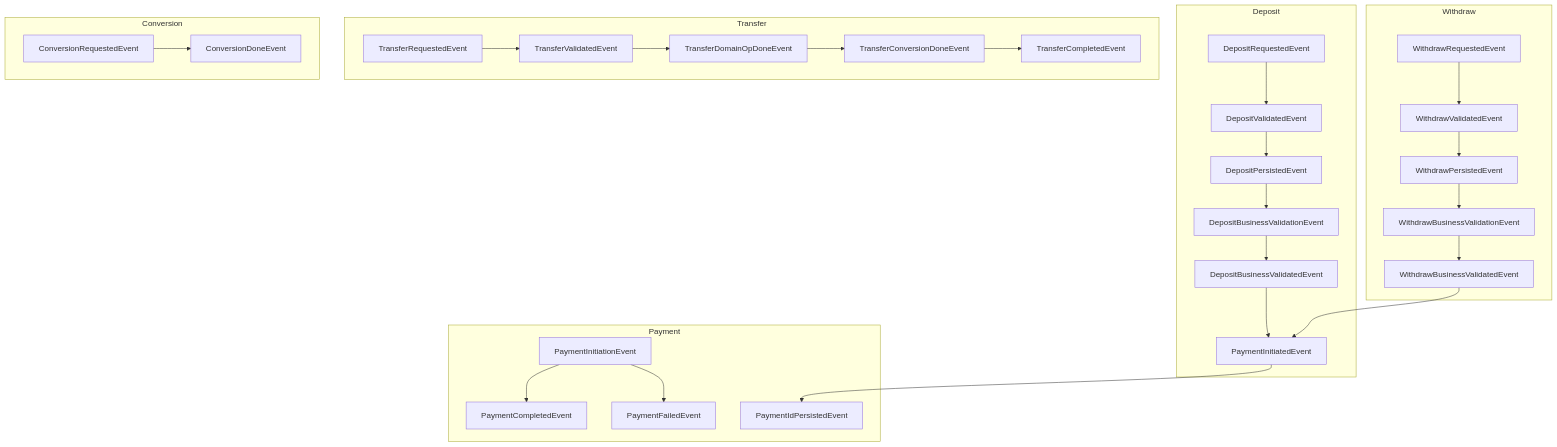
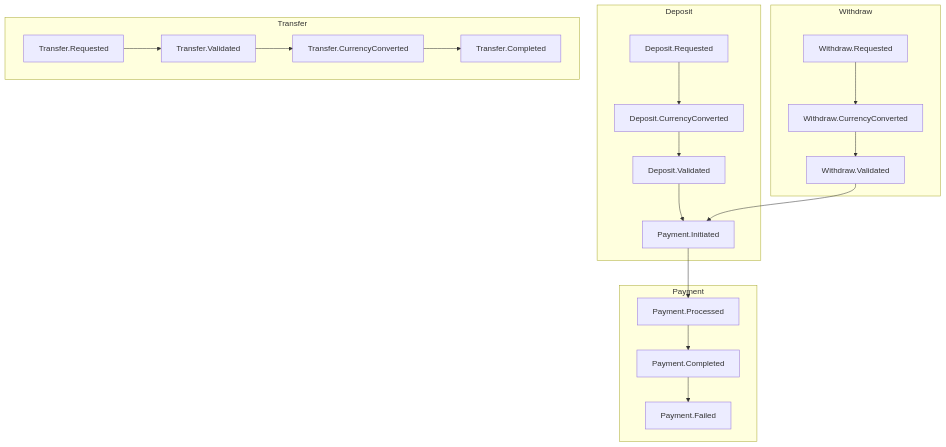
One commit to amirasaad/fintech changed the diagram in docs/domain-events.md. Above: the diagram before and after it, drawn with Mermaid. The commit also changed other lines of this file and 161 other files, not shown here.

````diff
--- a/docs/domain-events.md
+++ b/docs/domain-events.md
@@ -54,35 +93,44 @@
 ```mermaid
 flowchart TD
     subgraph Deposit
-        A1[DepositRequestedEvent] --> A2[DepositValidatedEvent]
-        A2 --> A3[DepositPersistedEvent]
-        A3 --> A4[DepositBusinessValidationEvent]
-        A4 --> A5[DepositBusinessValidatedEvent]
-        A5 --> B4[PaymentInitiatedEvent]
+        DR[Deposit.Requested]
+        DC[Deposit.CurrencyConverted]
+        DV[Deposit.Validated]
+
+        DR --> DC
+        DC --> DV
+        DV --> PI
     end
 
     subgraph Withdraw
-        D1[WithdrawRequestedEvent] --> D2[WithdrawValidatedEvent]
-        D2 --> D3[WithdrawPersistedEvent]
-        D3 --> D4[WithdrawBusinessValidationEvent]
-        D4 --> D5[WithdrawBusinessValidatedEvent]
-        D5 --> B4
+        WR[Withdraw.Requested]
+        WC[Withdraw.CurrencyConverted]
+        WV[Withdraw.Validated]
+
+        WR --> WC
+        WC --> WV
+        WV --> PI
     end
 
     subgraph Transfer
-        C1[TransferRequestedEvent] --> C2[TransferValidatedEvent]
-        C2 --> C3[TransferDomainOpDoneEvent]
-        C3 --> C4[TransferConversionDoneEvent]
-        C4 --> C5[TransferCompletedEvent]
+        TR[Transfer.Requested]
+        TV[Transfer.Validated]
+        TCC[Transfer.CurrencyConverted]
+        TC[Transfer.Completed]
+
+        TR --> TV
+        TV --> TCC
+        TCC --> TC
     end
 
     subgraph Payment
-        B1[PaymentInitiationEvent] --> B2[PaymentCompletedEvent]
-        B1 --> B3[PaymentFailedEvent]
-        B4 --> B5[PaymentIdPersistedEvent]
-    end
+        PI[Payment.Initiated]
+        PP[Payment.Processed]
+        PC[Payment.Completed]
+        PF[Payment.Failed]
 
-    subgraph Conversion
-        E1[ConversionRequestedEvent] --> E2[ConversionDoneEvent]
+        PI --> PP
+        PP --> PC
+        PC --> PF
     end
 ```
````
